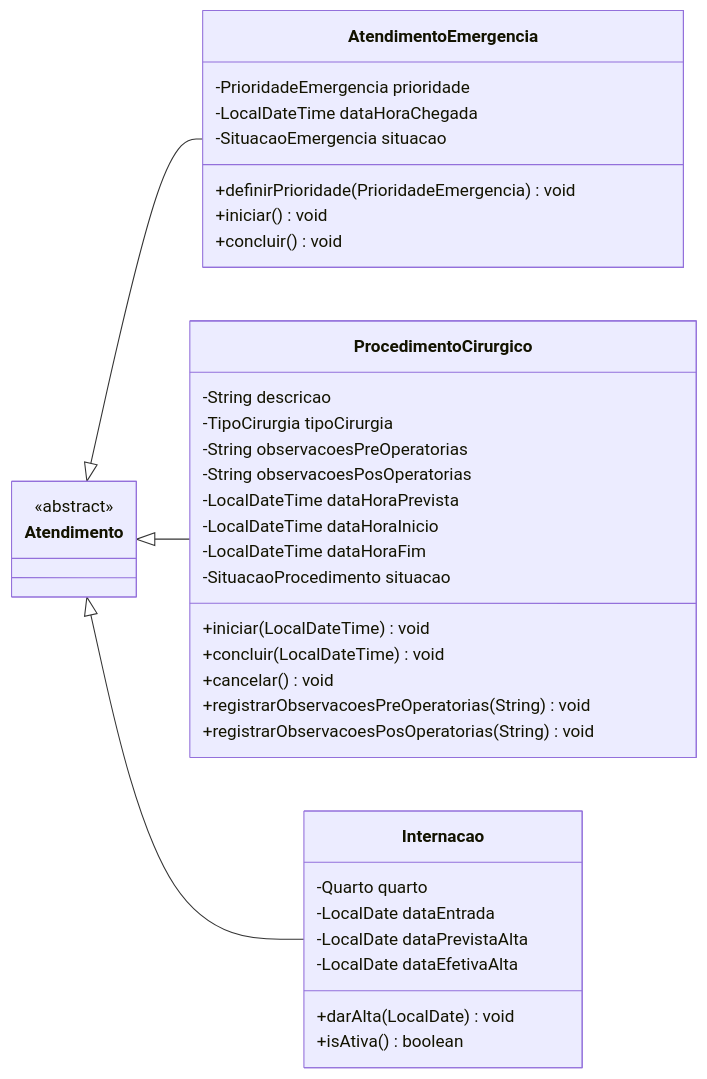
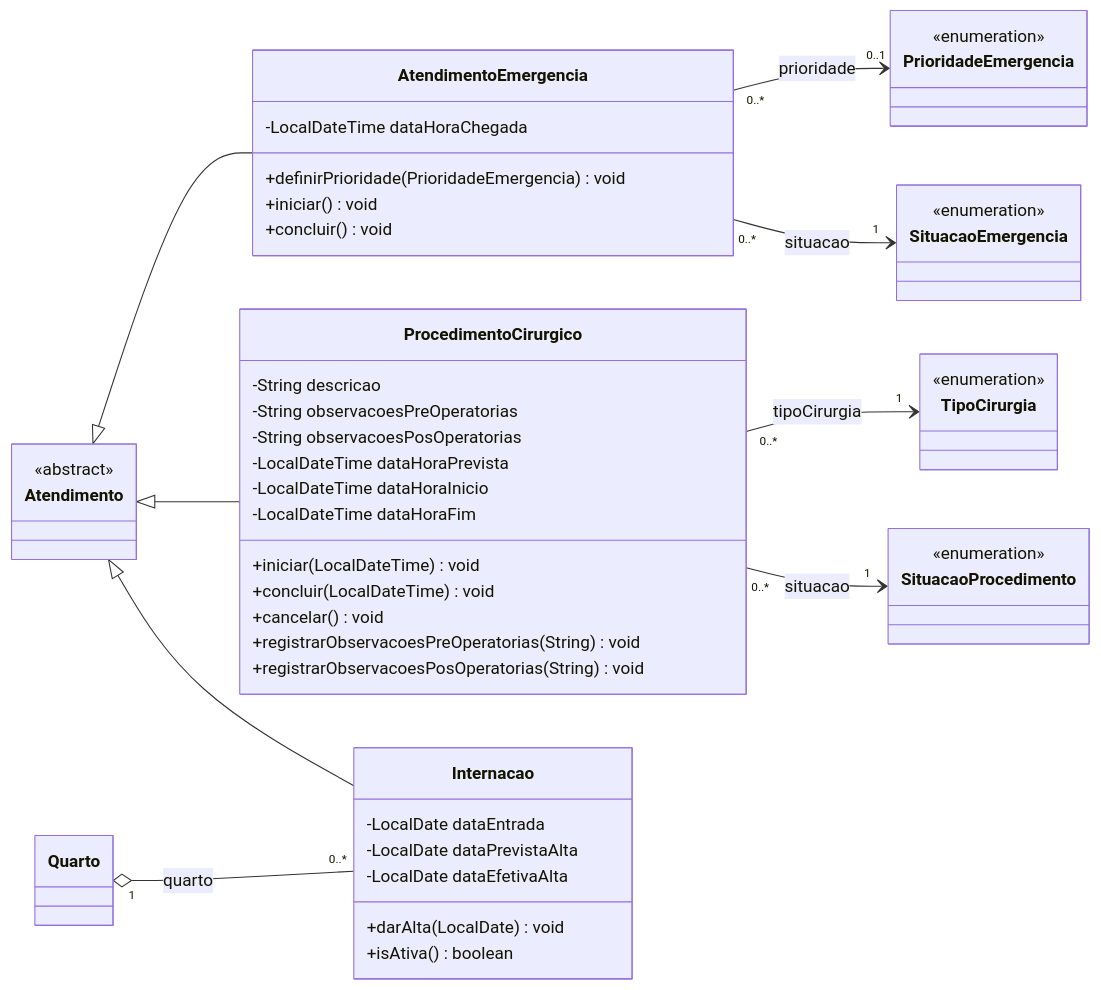
The sixth of 10 diagrams in docs/diagrama-de-classes.md (pedrolsrt/sistema-hospitalar), drawn with Mermaid before and after one commit. The commit also changed other lines of this file and 5 other files, not shown here.

Commit message:
docs: ajusta os diagramas conforme a avaliação e adiciona o diagrama completo da Sprint 2

````diff
--- a/docs/diagrama-de-classes.md
+++ b/docs/diagrama-de-classes.md
@@ -406,44 +420,49 @@
 ```mermaid
 classDiagram
     direction LR
 
     class Atendimento { <<abstract>> }
+    class PrioridadeEmergencia { <<enumeration>> }
+    class SituacaoEmergencia { <<enumeration>> }
+    class TipoCirurgia { <<enumeration>> }
+    class SituacaoProcedimento { <<enumeration>> }
+    class Quarto
 
     class AtendimentoEmergencia {
-        -PrioridadeEmergencia prioridade
         -LocalDateTime dataHoraChegada
-        -SituacaoEmergencia situacao
         +definirPrioridade(PrioridadeEmergencia) void
         +iniciar() void
         +concluir() void
     }
 
     class ProcedimentoCirurgico {
         -String descricao
-        -TipoCirurgia tipoCirurgia
         -String observacoesPreOperatorias
         -String observacoesPosOperatorias
         -LocalDateTime dataHoraPrevista
         -LocalDateTime dataHoraInicio
         -LocalDateTime dataHoraFim
-        -SituacaoProcedimento situacao
         +iniciar(LocalDateTime) void
         +concluir(LocalDateTime) void
         +cancelar() void
         +registrarObservacoesPreOperatorias(String) void
         +registrarObservacoesPosOperatorias(String) void
     }
 
     class Internacao {
-        -Quarto quarto
         -LocalDate dataEntrada
         -LocalDate dataPrevistaAlta
         -LocalDate dataEfetivaAlta
         +darAlta(LocalDate) void
         +isAtiva() boolean
     }
 
     Atendimento <|-- AtendimentoEmergencia
     Atendimento <|-- ProcedimentoCirurgico
     Atendimento <|-- Internacao
+    AtendimentoEmergencia "0..*" --> "0..1" PrioridadeEmergencia : prioridade
+    AtendimentoEmergencia "0..*" --> "1" SituacaoEmergencia : situacao
+    ProcedimentoCirurgico "0..*" --> "1" TipoCirurgia : tipoCirurgia
+    ProcedimentoCirurgico "0..*" --> "1" SituacaoProcedimento : situacao
+    Quarto "1" o-- "0..*" Internacao : quarto
 ```
````
